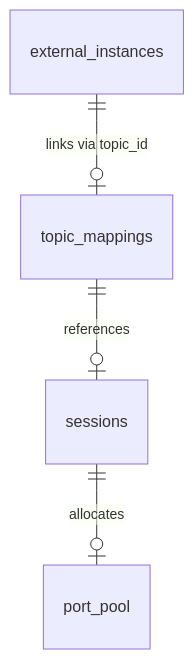
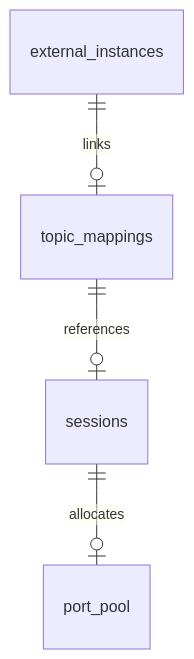
One commit to tadaokatzuki/opencode-telegram changed the second of 2 diagrams in DESIGN.md. Above: the diagram before and after it, drawn with Mermaid. The commit also changed other lines of this file, not shown here.

````diff
--- a/DESIGN.md
+++ b/DESIGN.md
@@ -1089,6 +224,6 @@
 ```mermaid
 erDiagram
     topic_mappings ||--o| sessions : "references"
     sessions ||--o| port_pool : "allocates"
-    external_instances ||--o| topic_mappings : "links via topic_id"
+    external_instances ||--o| topic_mappings : "links"
 ```
````
